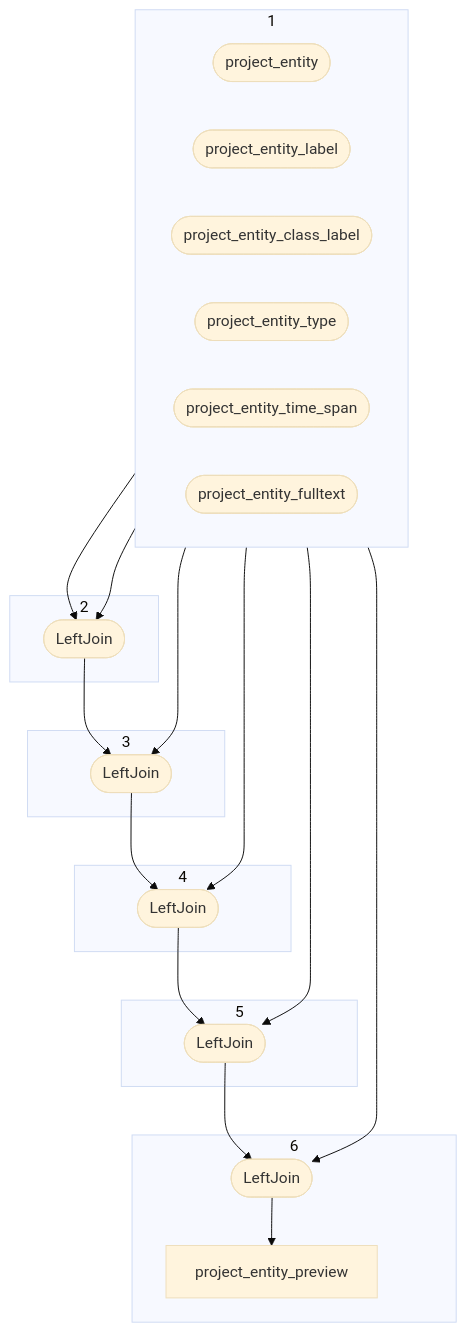
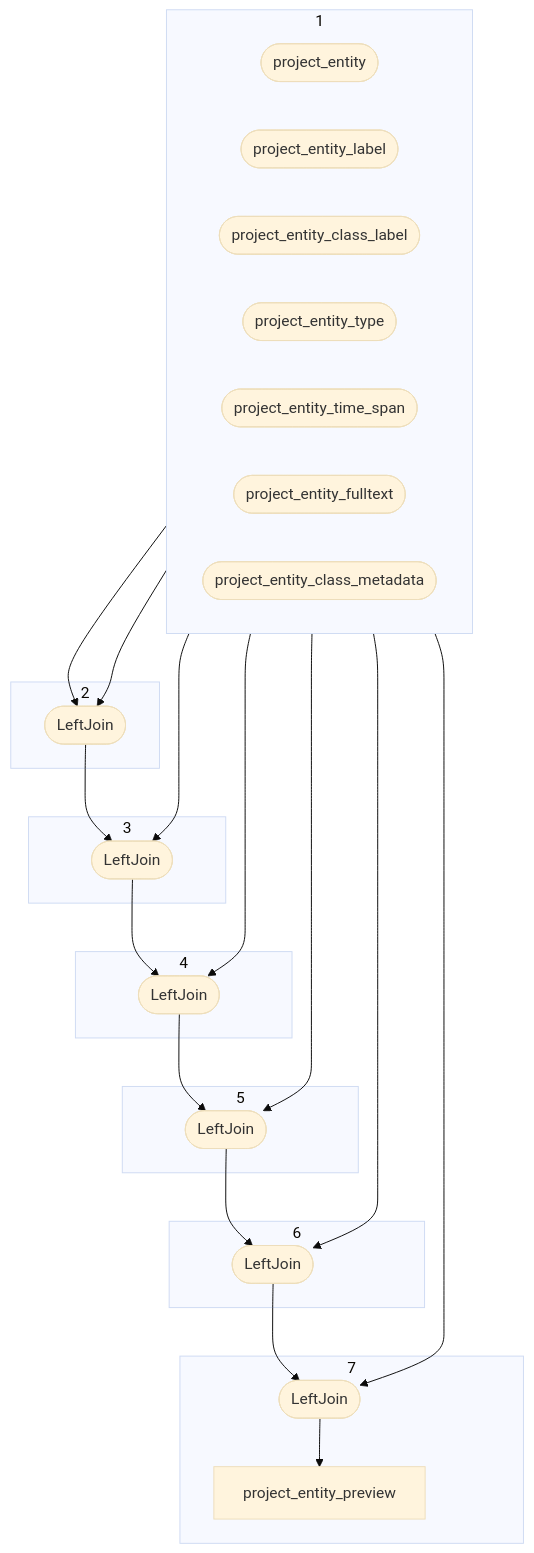
One commit to geovistory/toolbox-streams changed the diagram in app/src/main/java/org/geovistory/toolbox/streams/topologies/ProjectEntityPreview.md. Above: the diagram before and after it, drawn with Mermaid (base theme). The commit also changed other lines of this file and 26 other files, not shown here.

````diff
--- a/app/src/main/java/org/geovistory/toolbox/streams/topologies/ProjectEntityPreview.md
+++ b/app/src/main/java/org/geovistory/toolbox/streams/topologies/ProjectEntityPreview.md
@@ -3,38 +3,42 @@
 ```mermaid
 flowchart TD
     1a-->2a-->3a
     1f-->2a
     1b-->3a-->4a
     1c-->4a-->5a
     1d-->5a-->6a
-    1e-->6a-->6b
+    1e-->6a-->7a
+    1g-->7a-->7b
     
     
     subgraph 1
         direction RL
         1a([project_entity])
         1f([project_entity_label])
         1b([project_entity_class_label])
         1c([project_entity_type])
         1d([project_entity_time_span])
         1e([project_entity_fulltext])
+        1g([project_entity_class_metadata])
     end
     subgraph 2
         2a([LeftJoin])
     end       
     subgraph 3
         3a([LeftJoin])
     end    
     subgraph 4
         4a([LeftJoin])
     end
     subgraph 5
         5a([LeftJoin])
     end
     subgraph 6
         6a([LeftJoin])
-        6b[project_entity_preview]
+    end
+    subgraph 7
+        7a([LeftJoin])
+        7b[project_entity_preview]
     end
     
-    
 ```
````
